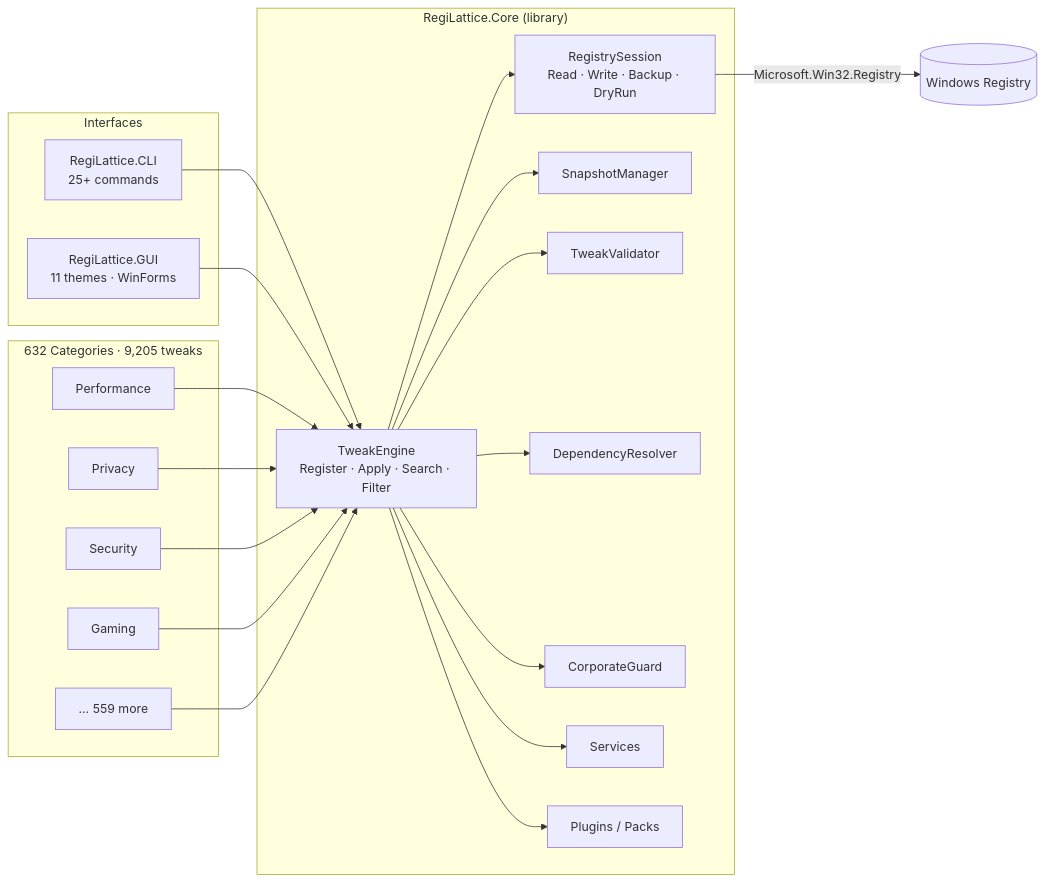
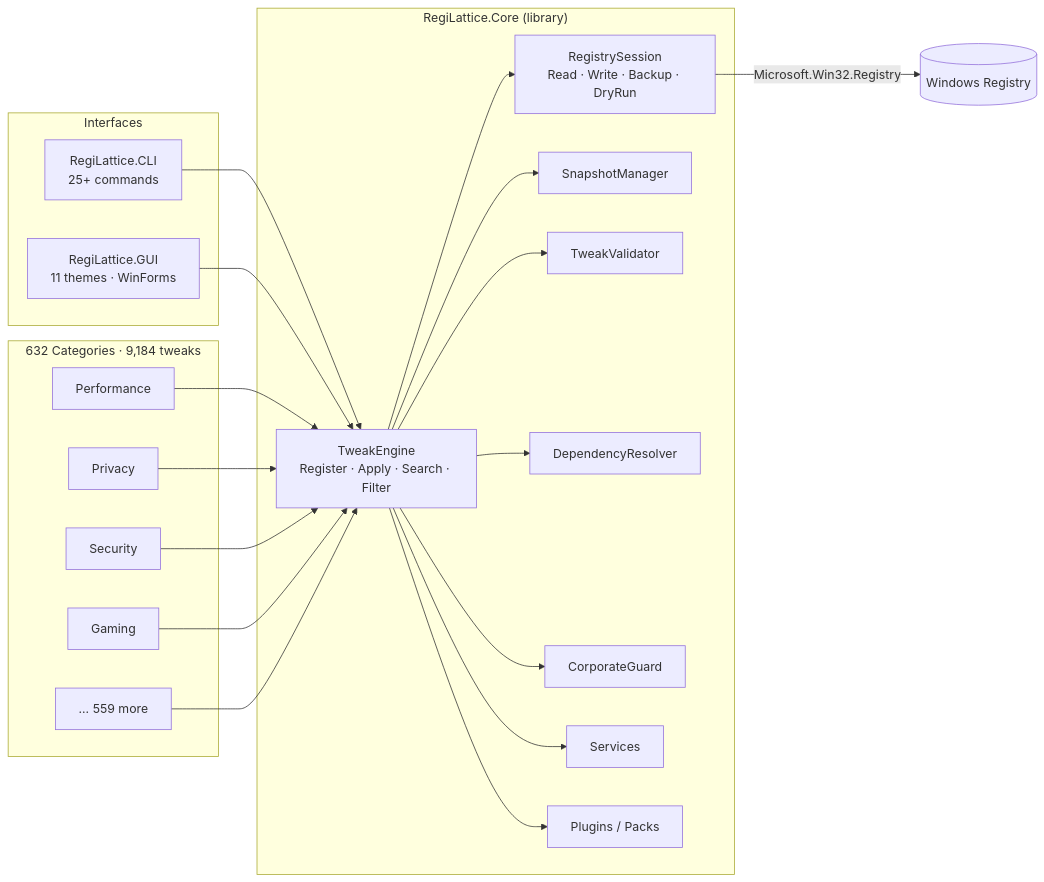
The first of 2 diagrams in README.md (RajwanYair/RegiLattice), drawn with Mermaid before and after one commit. The commit also changed other lines of this file and 6 other files, not shown here.

````diff
--- a/README.md
+++ b/README.md
@@ -88,38 +88,38 @@
 ```mermaid
 graph LR
     subgraph Interfaces
         CLI[RegiLattice.CLI<br/>25+ commands]
         GUI[RegiLattice.GUI<br/>11 themes · WinForms]
     end
 
     subgraph Core["RegiLattice.Core (library)"]
         TE[TweakEngine<br/>Register · Apply · Search · Filter]
         RS[RegistrySession<br/>Read · Write · Backup · DryRun]
         SM[SnapshotManager]
         TV[TweakValidator]
         DR[DependencyResolver]
         CG[CorporateGuard]
         SV[Services]
         PM[Plugins / Packs]
     end
 
-    subgraph Tweaks["632 Categories · 9,205 tweaks"]
+    subgraph Tweaks["632 Categories · 9,184 tweaks"]
         T1[Performance]
         T2[Privacy]
         T3[Security]
         T4[Gaming]
         TN[... 559 more]
     end
 
     CLI --> TE
     GUI --> TE
     TE --> RS
     TE --> SM
     TE --> TV
     TE --> DR
     TE --> CG
     TE --> SV
     TE --> PM
     T1 & T2 & T3 & T4 & TN --> TE
     RS -->|Microsoft.Win32.Registry| WR[(Windows Registry)]
 ```
````
